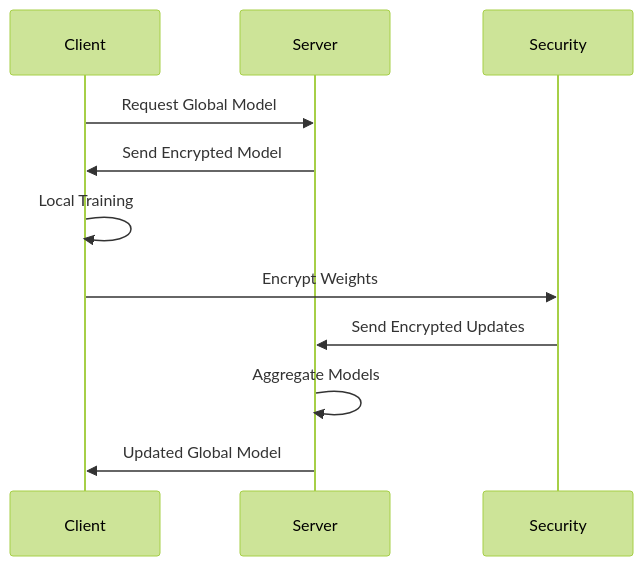
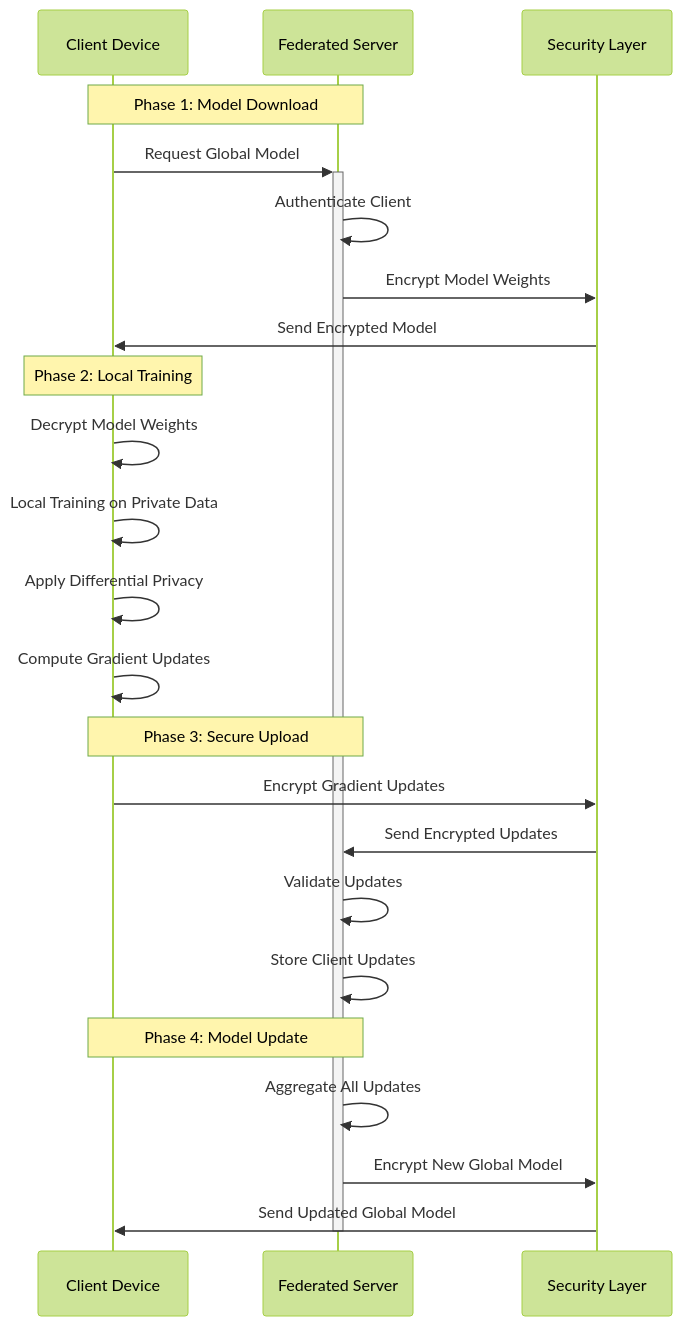
One commit to prathameshatkare/Final_Cystic_fibrosis_project changed the third of 17 diagrams in DIAGRAMS.md. Above: the diagram before and after it, drawn with Mermaid (forest theme). The commit also changed other lines of this file, not shown here.

Commit message:
diagrams

````diff
--- a/DIAGRAMS.md
+++ b/DIAGRAMS.md
@@ -48,14 +54,30 @@
 ```mermaid
 sequenceDiagram
-    participant Client
-    participant Server
-    participant Security
+    participant Client as Client Device
+    participant Server as Federated Server
+    participant Security as Security Layer
     
-    Client->>Server: Request Global Model
-    Server->>Client: Send Encrypted Model
-    Client->>Client: Local Training
-    Client->>Security: Encrypt Weights
+    Note over Client, Server: Phase 1: Model Download
+    Client->>+Server: Request Global Model
+    Server->>Server: Authenticate Client
+    Server->>Security: Encrypt Model Weights
+    Security->>Client: Send Encrypted Model
+    
+    Note over Client: Phase 2: Local Training
+    Client->>Client: Decrypt Model Weights
+    Client->>Client: Local Training on Private Data
+    Client->>Client: Apply Differential Privacy
+    Client->>Client: Compute Gradient Updates
+    
+    Note over Client, Server: Phase 3: Secure Upload
+    Client->>Security: Encrypt Gradient Updates
     Security->>Server: Send Encrypted Updates
-    Server->>Server: Aggregate Models
-    Server->>Client: Updated Global Model
+    Server->>Server: Validate Updates
+    Server->>Server: Store Client Updates
+    
+    Note over Client, Server: Phase 4: Model Update
+    Server->>Server: Aggregate All Updates
+    Server->>Security: Encrypt New Global Model
+    Security->>Client: Send Updated Global Model
+    deactivate Server
 ```
````
